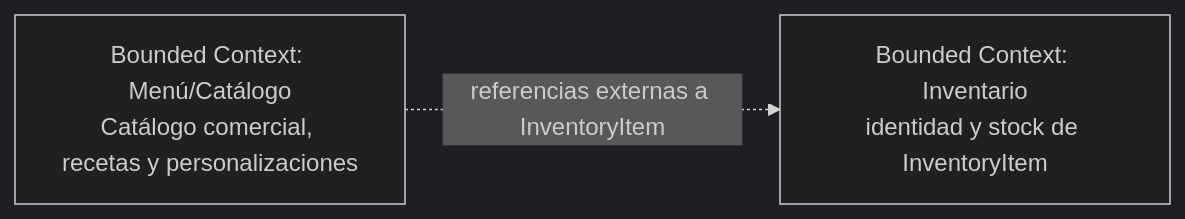
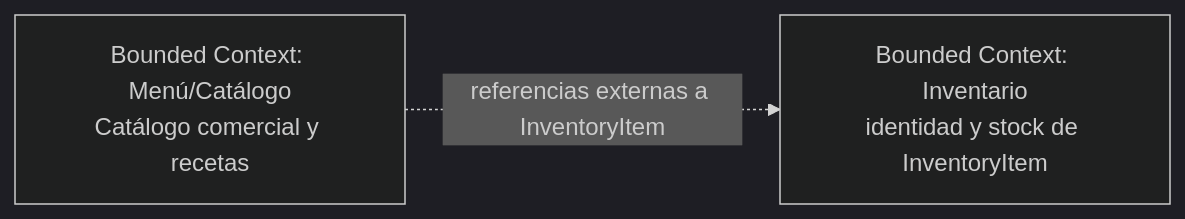
The fifth of 5 diagrams in docs/ers/architechture.md (FMAT-Restaurant/Menu-Documentation), drawn with Mermaid (dark theme) before and after one commit. The commit also changed other lines of this file and 19 other files, not shown here.

````diff
--- a/docs/ers/architechture.md
+++ b/docs/ers/architechture.md
@@ -407,4 +288,4 @@
 ```mermaid
 flowchart LR
-Catalog["Bounded Context: Menú/Catálogo<br/>Catálogo comercial, recetas y personalizaciones"] -.->|referencias externas a InventoryItem| Inventory["Bounded Context: Inventario<br/>identidad y stock de InventoryItem"]
+    Catalog["Bounded Context: Menú/Catálogo<br/>Catálogo comercial y recetas"] -.->|referencias externas a InventoryItem| Inventory["Bounded Context: Inventario<br/>identidad y stock de InventoryItem"]
 ```
````
